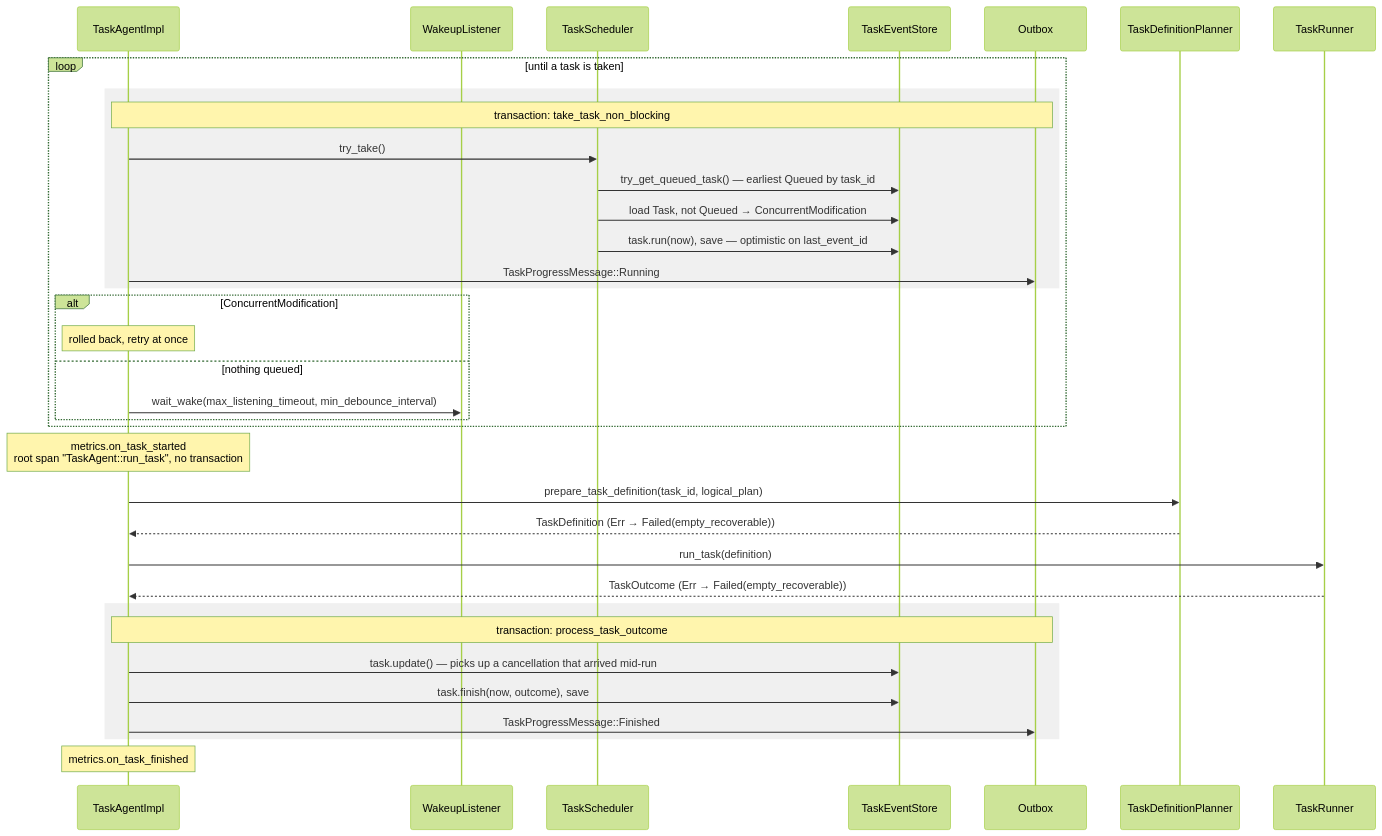
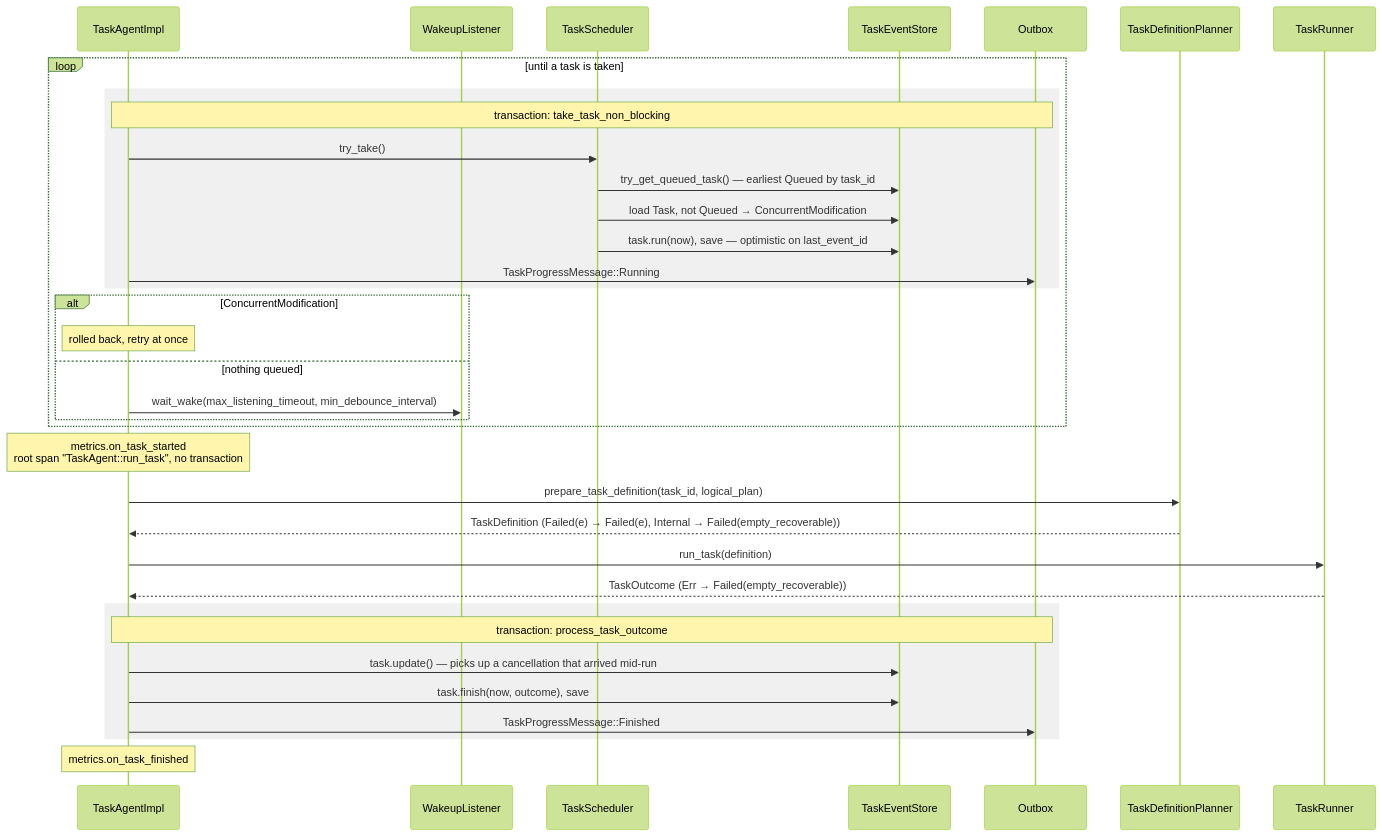
One commit to kamu-data/kamu-cli changed the third of 3 diagrams in docs/internal/task-system.md. Above: the diagram before and after it, drawn with Mermaid (forest theme). The commit also changed other lines of this file and 27 other files, not shown here.

````diff
--- a/docs/internal/task-system.md
+++ b/docs/internal/task-system.md
@@ -247,40 +247,40 @@
 ```mermaid
 sequenceDiagram
     participant A as TaskAgentImpl
     participant W as WakeupListener
     participant S as TaskScheduler
     participant ES as TaskEventStore
     participant O as Outbox
     participant P as TaskDefinitionPlanner
     participant R as TaskRunner
 
     loop until a task is taken
         rect rgba(128, 128, 128, 0.12)
             note over A,O: transaction: take_task_non_blocking
             A->>S: try_take()
             S->>ES: try_get_queued_task() — earliest Queued by task_id
             S->>ES: load Task, not Queued → ConcurrentModification
             S->>ES: task.run(now), save — optimistic on last_event_id
             A->>O: TaskProgressMessage::Running
         end
         alt ConcurrentModification
             note over A: rolled back, retry at once
         else nothing queued
             A->>W: wait_wake(max_listening_timeout, min_debounce_interval)
         end
     end
 
     note over A: metrics.on_task_started<br/>root span "TaskAgent::run_task", no transaction
     A->>P: prepare_task_definition(task_id, logical_plan)
-    P-->>A: TaskDefinition (Err → Failed(empty_recoverable))
+    P-->>A: TaskDefinition (Failed(e) → Failed(e), Internal → Failed(empty_recoverable))
     A->>R: run_task(definition)
     R-->>A: TaskOutcome (Err → Failed(empty_recoverable))
 
     rect rgba(128, 128, 128, 0.12)
         note over A,O: transaction: process_task_outcome
         A->>ES: task.update() — picks up a cancellation that arrived mid-run
         A->>ES: task.finish(now, outcome), save
         A->>O: TaskProgressMessage::Finished
     end
     note over A: metrics.on_task_finished
 ```
````
